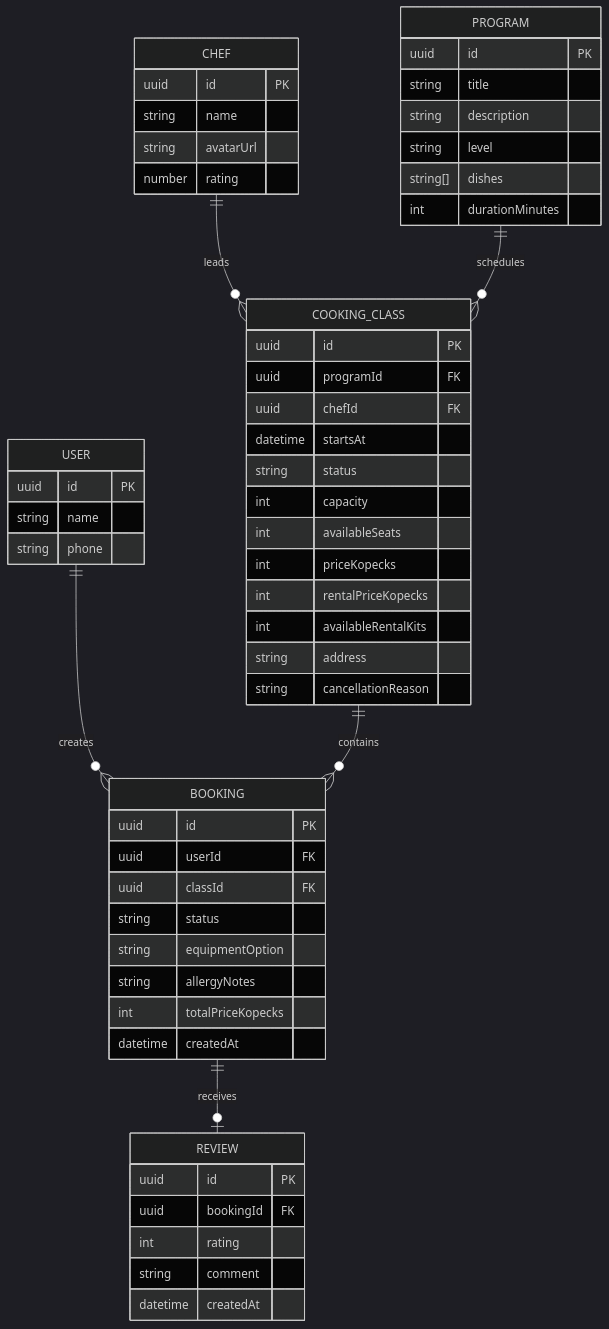
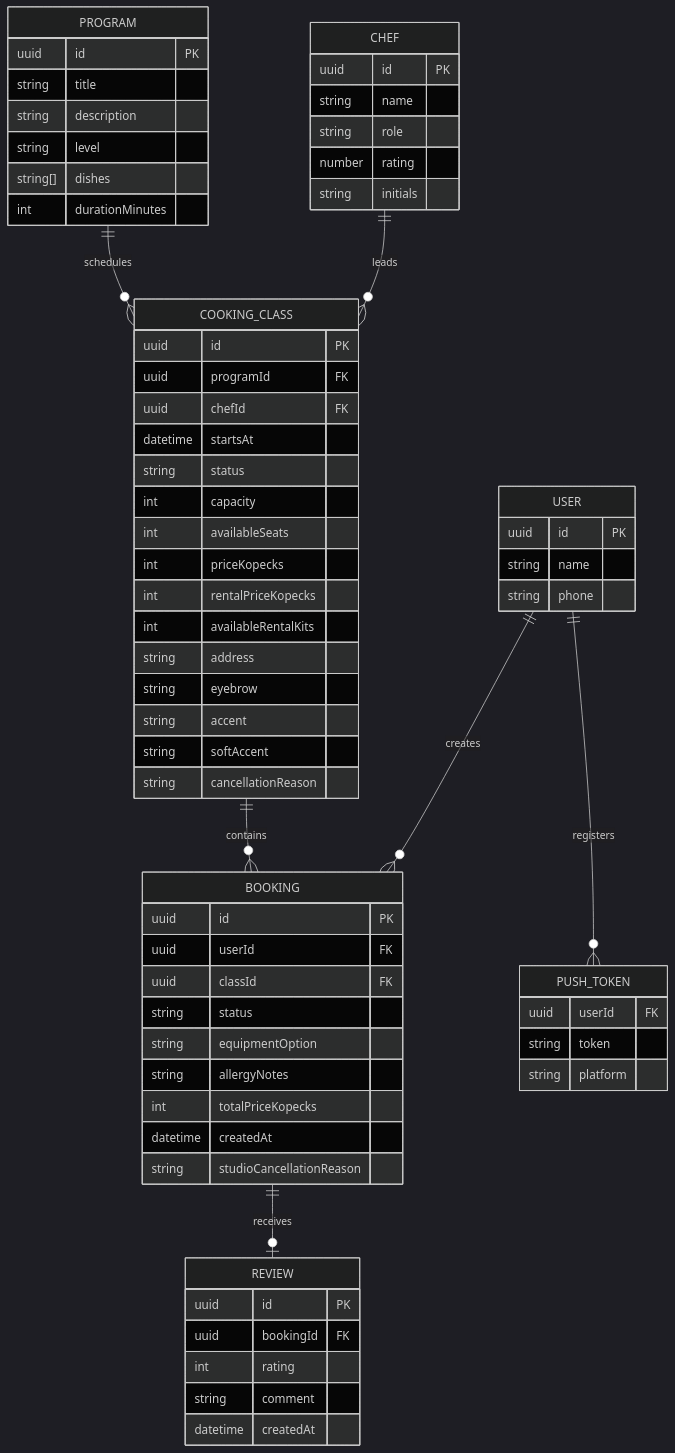
The diagram in docs/02-design/data-model.md (Dockstage/chef-table-app), drawn with Mermaid (dark theme) before and after one commit. The commit also changed other lines of this file and 7 other files, not shown here.

````diff
--- a/docs/02-design/data-model.md
+++ b/docs/02-design/data-model.md
@@ -3,59 +3,70 @@
 ```mermaid
 erDiagram
     USER ||--o{ BOOKING : creates
     COOKING_CLASS ||--o{ BOOKING : contains
     CHEF ||--o{ COOKING_CLASS : leads
     PROGRAM ||--o{ COOKING_CLASS : schedules
     BOOKING ||--o| REVIEW : receives
+    USER ||--o{ PUSH_TOKEN : registers
 
     USER {
       uuid id PK
       string name
       string phone
     }
     CHEF {
       uuid id PK
       string name
-      string avatarUrl
+      string role
       number rating
+      string initials
     }
     PROGRAM {
       uuid id PK
       string title
       string description
       string level
       string[] dishes
       int durationMinutes
     }
     COOKING_CLASS {
       uuid id PK
       uuid programId FK
       uuid chefId FK
       datetime startsAt
       string status
       int capacity
       int availableSeats
       int priceKopecks
       int rentalPriceKopecks
       int availableRentalKits
       string address
+      string eyebrow
+      string accent
+      string softAccent
       string cancellationReason
     }
     BOOKING {
       uuid id PK
       uuid userId FK
       uuid classId FK
       string status
       string equipmentOption
       string allergyNotes
       int totalPriceKopecks
       datetime createdAt
+      string studioCancellationReason
     }
     REVIEW {
       uuid id PK
       uuid bookingId FK
       int rating
       string comment
       datetime createdAt
     }
+    PUSH_TOKEN {
+      uuid userId FK
+      string token
+      string platform
+    }
 ```
````
